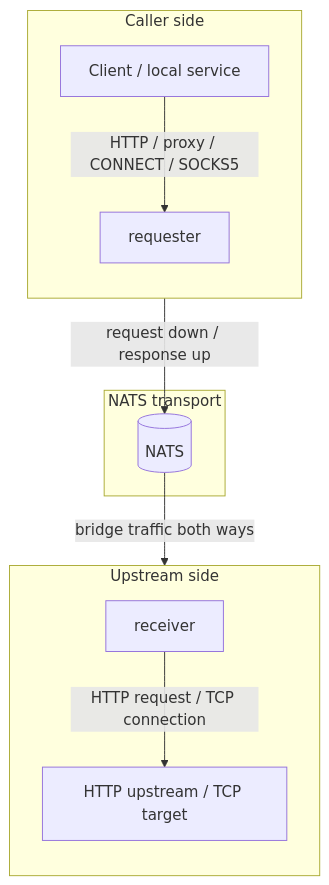
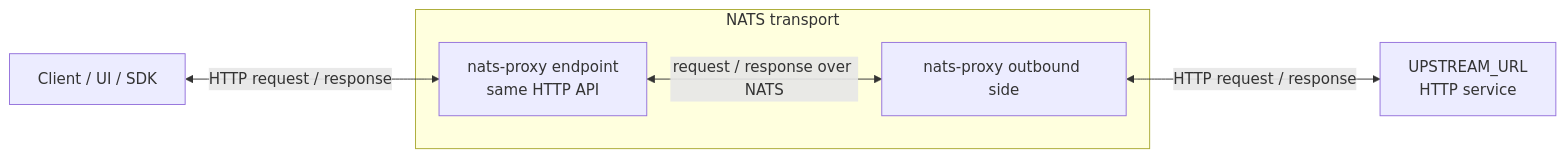
The first of 2 diagrams in docs-site/src/content/docs/index.md (artyomb/nats-proxy), drawn with Mermaid before and after one commit. The commit also changed other lines of this file and 21 other files, not shown here.

````diff
--- a/docs-site/src/content/docs/index.md
+++ b/docs-site/src/content/docs/index.md
@@ -21,23 +25,14 @@
 ```mermaid
-flowchart TB
-  subgraph caller_side["Caller side"]
-    direction TB
-    caller["Client / local service"]
-    requester["requester"]
-    caller -->|"HTTP / proxy / CONNECT / SOCKS5"| requester
+flowchart LR
+  client["Client / UI / SDK"]
+  upstream["UPSTREAM_URL<br/>HTTP service"]
+
+  subgraph transport["NATS transport"]
+    entry["nats-proxy endpoint<br/>same HTTP API"]
+    outbound["nats-proxy outbound side"]
+    entry <-->|request / response over NATS| outbound
   end
 
-  subgraph nats_side["NATS transport"]
-    nats[("NATS")]
-  end
-
-  subgraph upstream_side["Upstream side"]
-    direction TB
-    receiver["receiver"]
-    upstream["HTTP upstream / TCP target"]
-    receiver -->|"HTTP request / TCP connection"| upstream
-  end
-
-  requester -->|"request down / response up"| nats
-  nats -->|"bridge traffic both ways"| receiver
+  client <-->|HTTP request / response| entry
+  outbound <-->|HTTP request / response| upstream
 ```
````
